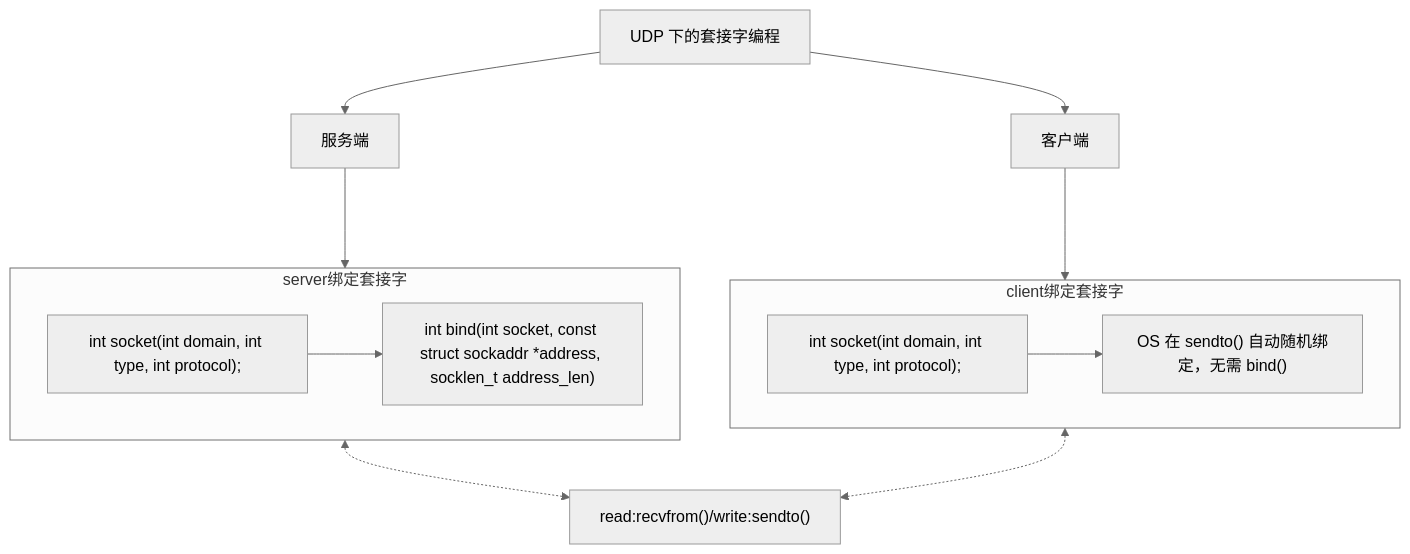
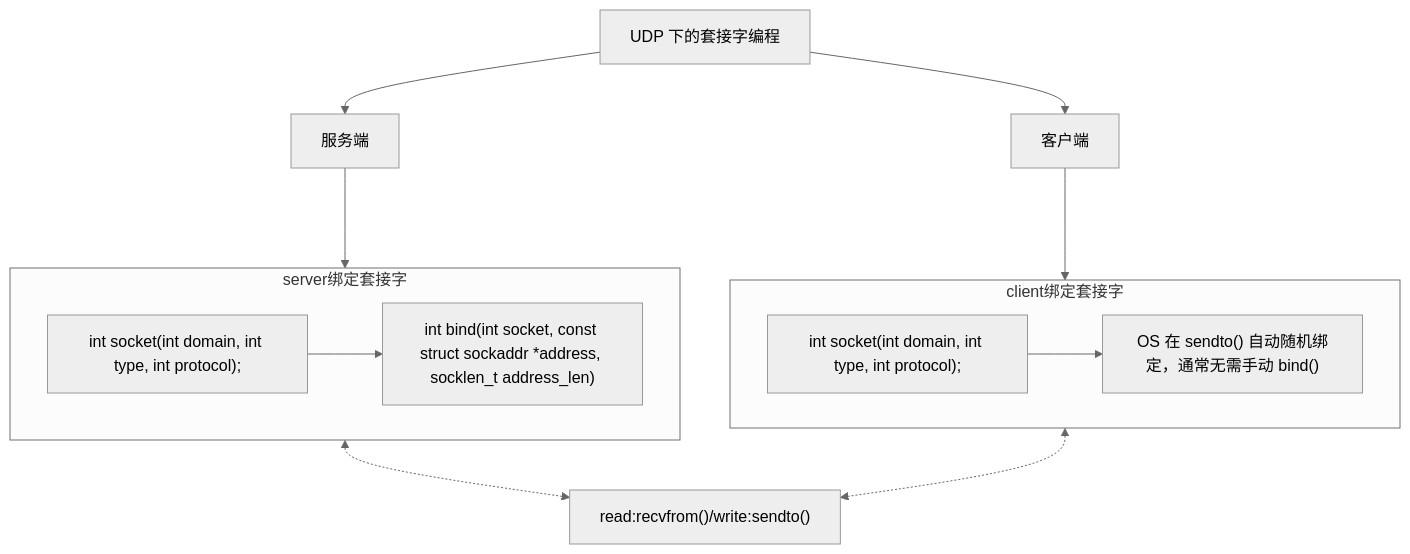
The second of 3 diagrams in Computer_Networks_Note/003+limou+2024_01_23+套接字编程.md (xiaogithubooo/LimouLearnNote), drawn with Mermaid (neutral theme) before and after one commit. The commit also changed other lines of this file and 2 other files, not shown here.

````diff
--- a/Computer_Networks_Note/003+limou+2024_01_23+套接字编程.md
+++ b/Computer_Networks_Note/003+limou+2024_01_23+套接字编程.md
@@ -246,22 +246,22 @@
 ```mermaid
 flowchart TD
 tcp["UDP 下的套接字编程"] --> server & client
 
 server["服务端"]
 subgraph server绑定套接字
     socketbind["int socket(int domain, int type, int protocol);"]
     bind["int bind(int socket, const struct sockaddr *address, socklen_t address_len)"]
     socketbind --> bind
 end
 server ---> server绑定套接字 <-.-> read_and_write
 
 client["客户端"]
 subgraph client绑定套接字
     socket["int socket(int domain, int type, int protocol);"]
-    auto["OS 在 sendto() 自动随机绑定，无需 bind()"]
+    auto["OS 在 sendto() 自动随机绑定，通常无需手动 bind()"]
     socket --> auto
 end
 client ---> client绑定套接字 <-.-> read_and_write
 
 read_and_write["read:recvfrom()/write:sendto()"]
 ```
````
